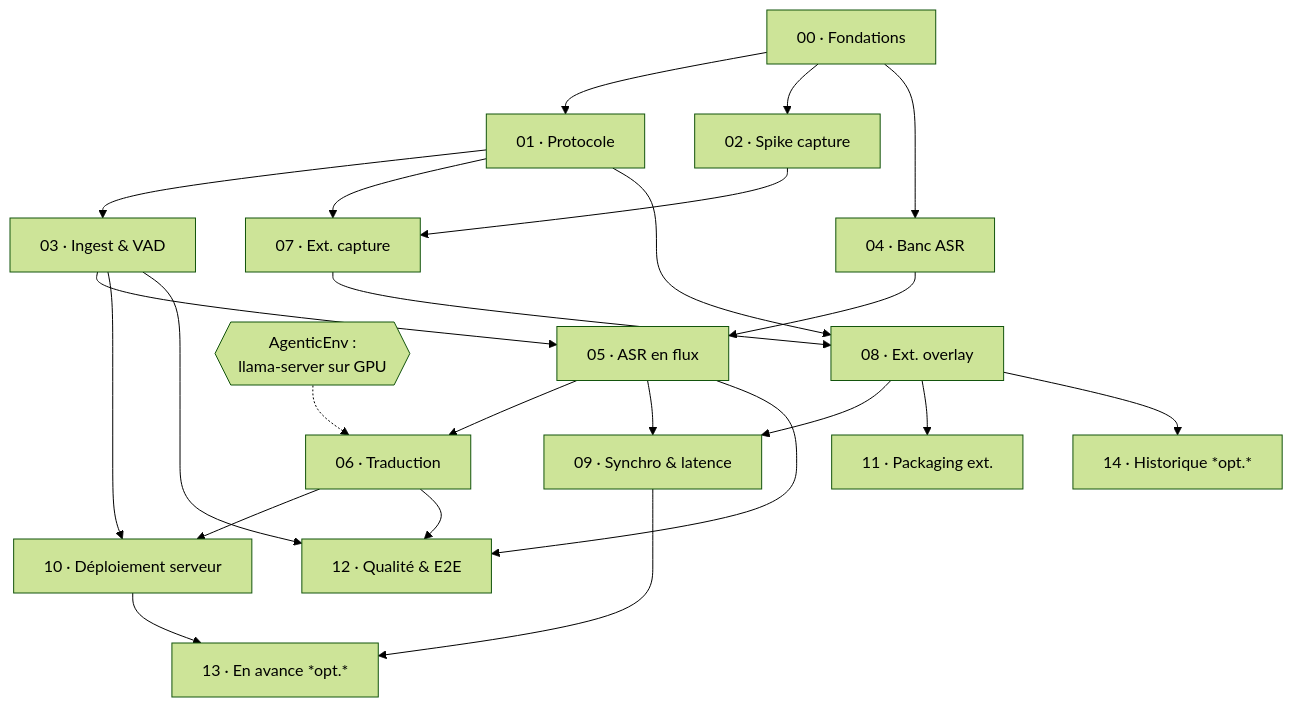
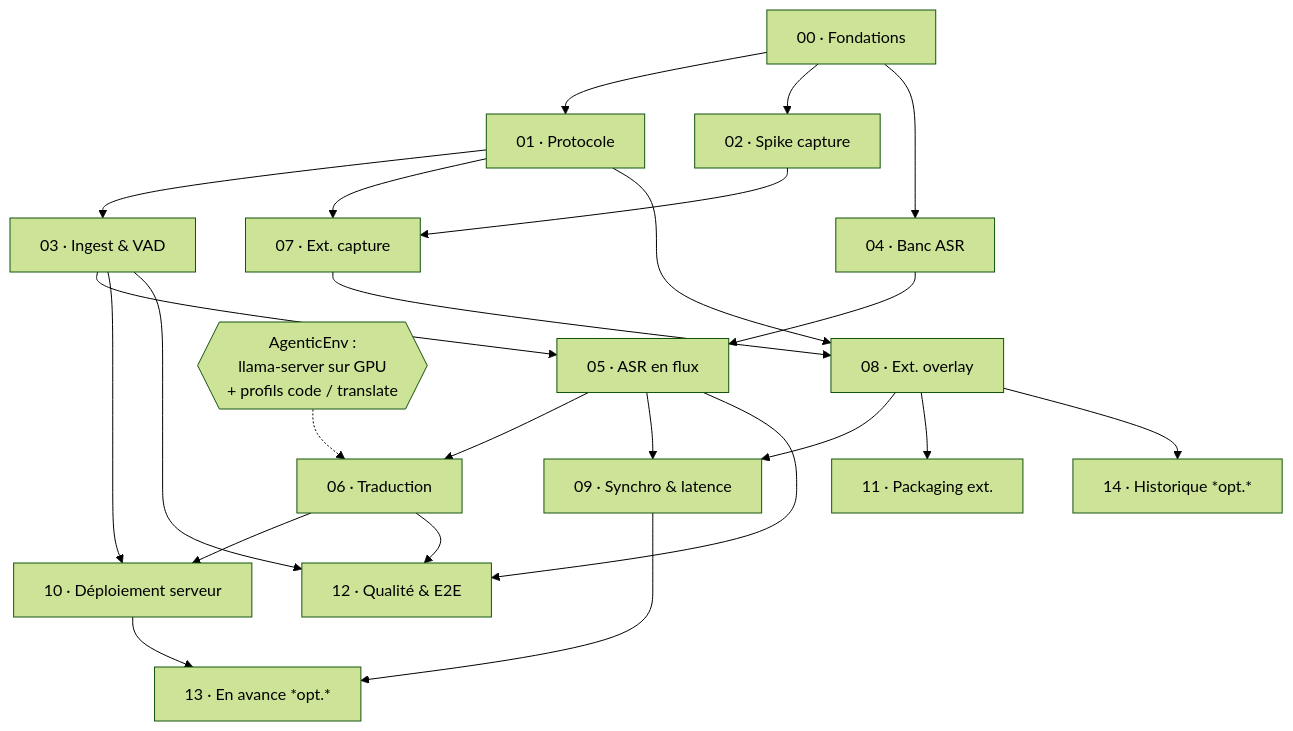
The second of 2 diagrams in blueprint/README.md (HadrienT/live-subs), drawn with Mermaid (forest theme) before and after one commit. The commit also changed other lines of this file and 4 other files, not shown here.

Commit message:
docs(ADR-003): translate with a dedicated 'translate' model profile, switchable from 'code'

````diff
--- a/blueprint/README.md
+++ b/blueprint/README.md
@@ -105,43 +105,43 @@
 ```mermaid
 graph TD
     WP00[00 · Fondations]
     WP01[01 · Protocole]
     WP02[02 · Spike capture]
     WP03[03 · Ingest & VAD]
     WP04[04 · Banc ASR]
     WP05[05 · ASR en flux]
     WP06[06 · Traduction]
     WP07[07 · Ext. capture]
     WP08[08 · Ext. overlay]
     WP09[09 · Synchro & latence]
     WP10[10 · Déploiement serveur]
     WP11[11 · Packaging ext.]
     WP12[12 · Qualité & E2E]
     WP13[13 · En avance *opt.*]
     WP14[14 · Historique *opt.*]
-    EXT{{AgenticEnv :<br/>llama-server sur GPU}}
+    EXT{{AgenticEnv :<br/>llama-server sur GPU<br/>+ profils code / translate}}
 
     WP00 --> WP01
     WP00 --> WP02
     WP00 --> WP04
     WP01 --> WP03
     WP03 --> WP05
     WP04 --> WP05
     WP05 --> WP06
     EXT -.-> WP06
     WP01 --> WP07
     WP02 --> WP07
     WP07 --> WP08
     WP01 --> WP08
     WP05 --> WP09
     WP08 --> WP09
     WP06 --> WP10
     WP03 --> WP10
     WP08 --> WP11
     WP03 --> WP12
     WP05 --> WP12
     WP06 --> WP12
     WP09 --> WP13
     WP10 --> WP13
     WP08 --> WP14
 ```
````
